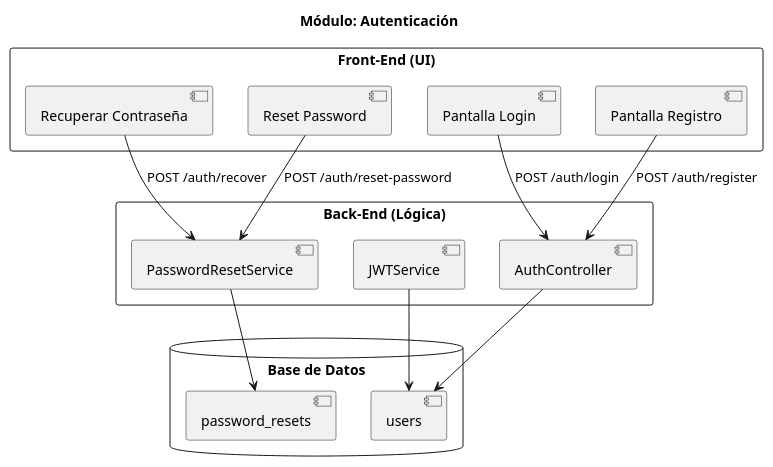
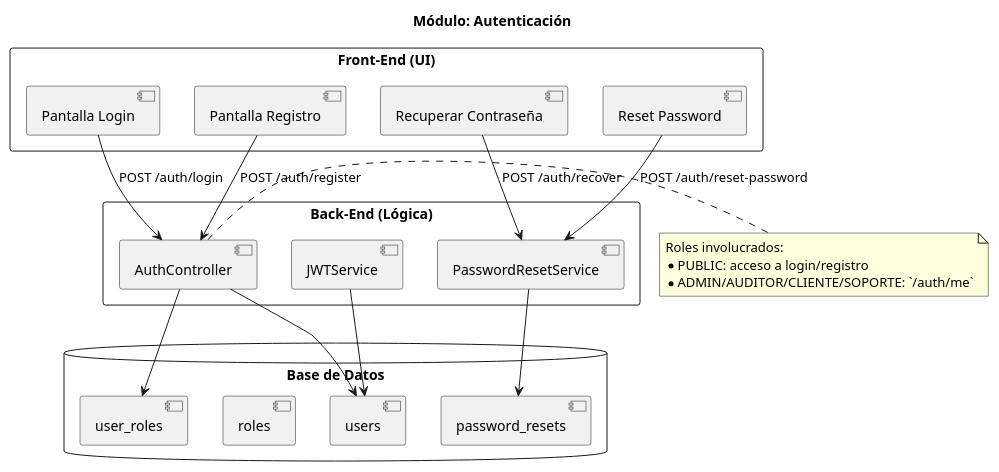
The diagram in docs/plantuml/auth.puml (Orlamrt/SistemaContableISW), drawn with PlantUML before and after one commit. The commit also changed 48 other files, not shown here.

```diff
--- a/docs/plantuml/auth.puml
+++ b/docs/plantuml/auth.puml
@@ -1,31 +1,40 @@
 @startuml
 title Módulo: Autenticación
 
 rectangle "Front-End (UI)" {
   [Pantalla Login]
   [Pantalla Registro]
   [Recuperar Contraseña]
   [Reset Password]
 }
 
 rectangle "Back-End (Lógica)" {
   [AuthController]
   [PasswordResetService]
   [JWTService]
 }
 
+note right of [AuthController]
+  Roles involucrados:
+  * PUBLIC: acceso a login/registro
+  * ADMIN/AUDITOR/CLIENTE/SOPORTE: `/auth/me`
+end note
+
 database "Base de Datos" {
   [users]
+  [user_roles]
+  [roles]
   [password_resets]
 }
 
 [Pantalla Login] --> [AuthController] : POST /auth/login
 [Pantalla Registro] --> [AuthController] : POST /auth/register
 [Recuperar Contraseña] --> [PasswordResetService] : POST /auth/recover
 [Reset Password] --> [PasswordResetService] : POST /auth/reset-password
 
 [AuthController] --> [users]
+[AuthController] --> [user_roles]
 [PasswordResetService] --> [password_resets]
 [JWTService] --> [users]
 
 @enduml
```
